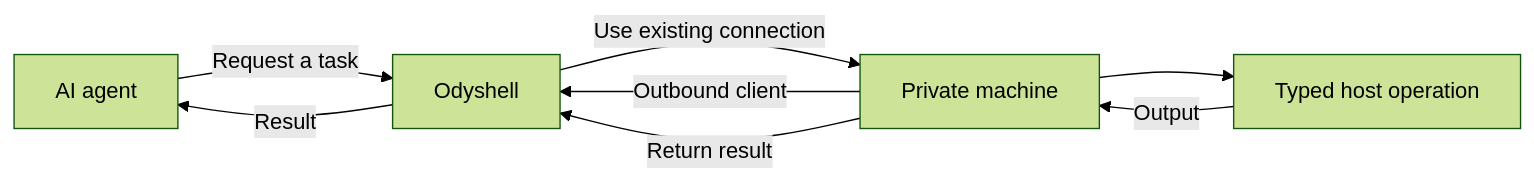
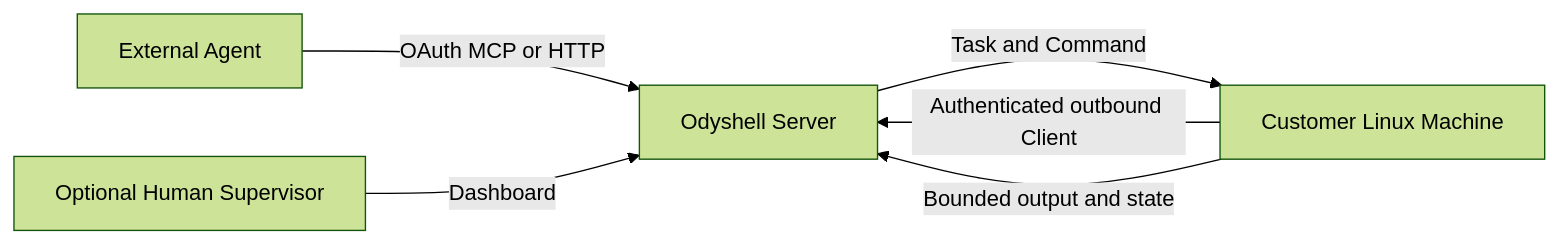
The diagram in README.md (kapeka0/Odyshell), drawn with Mermaid (forest theme) before and after one commit. The commit also changed other lines of this file and 29 other files, not shown here.

````diff
--- a/README.md
+++ b/README.md
@@ -21,10 +18,8 @@
 ```mermaid
 flowchart LR
-    A["AI agent"] -->|"Request a task"| O["Odyshell"]
-    M["Private machine"] -->|"Outbound client"| O
-    O -->|"Use existing connection"| M
-    M --> E["Typed host operation"]
-    E -->|"Output"| M
-    M -->|"Return result"| O
-    O -->|"Result"| A
+  A["External Agent"] -->|"OAuth MCP or HTTP"| S["Odyshell Server"]
+  H["Optional Human Supervisor"] -->|"Dashboard"| S
+  M["Customer Linux Machine"] -->|"Authenticated outbound Client"| S
+  S -->|"Task and Command"| M
+  M -->|"Bounded output and state"| S
 ```
````
